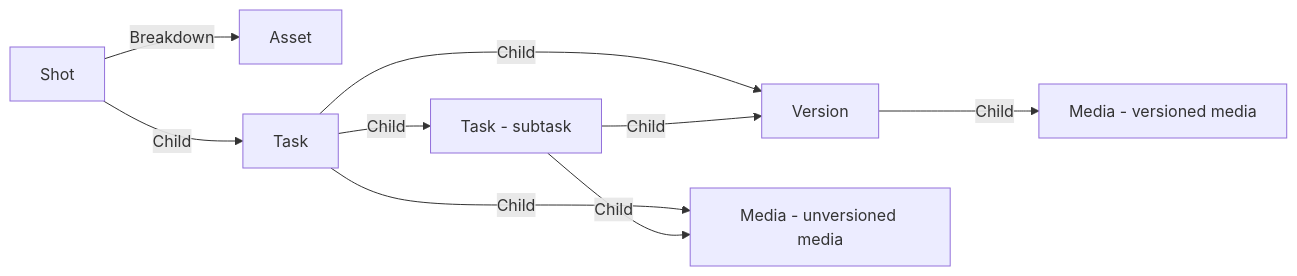
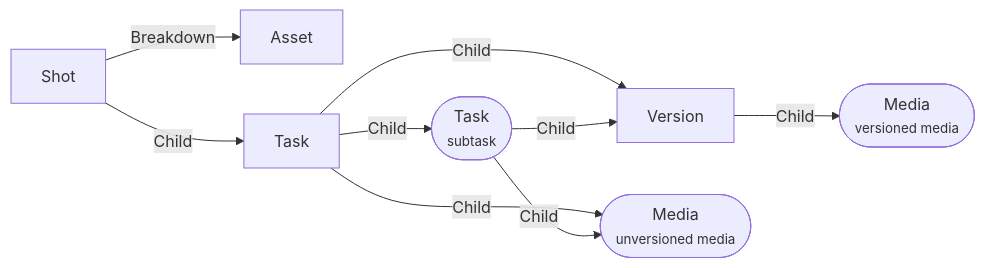
Before and after one commit to fatfish-lab/aquarium-documentation: the diagram in src/web/items/shot.md, drawn with Mermaid. The commit also changed other lines of this file and 28 other files, not shown here.

````diff
--- a/src/web/items/shot.md
+++ b/src/web/items/shot.md
@@ -20,11 +31,11 @@
 ```mermaid
 graph LR
   Shot -->|Breakdown| Asset
   Shot -->|Child| Task
   Task -->|Child| Version
-  Version -->|Child| MediaA[Media - versioned media]
-  Task -->|Child| MediaB[Media - unversioned media]
-  Task -->|Child| Subtask[Task - subtask]:::Task
+  Version -->|Child| MediaA([Media <br/> <small>versioned media</small>])
+  Task -->|Child| MediaB([Media <br /> <small>unversioned media</small>])
+  Task -->|Child| Subtask([Task <br /> <small>subtask</small>]):::Task
   Subtask -->|Child| Version
   Subtask -->|Child| MediaB
 ```
````
